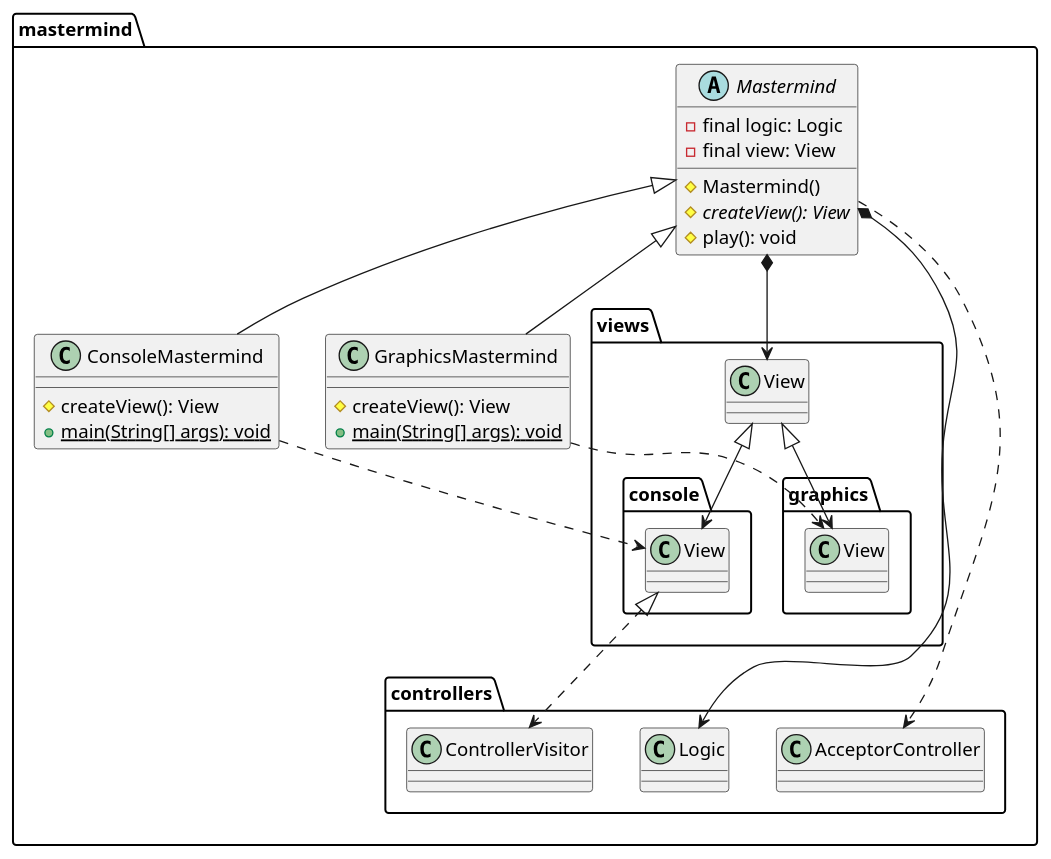
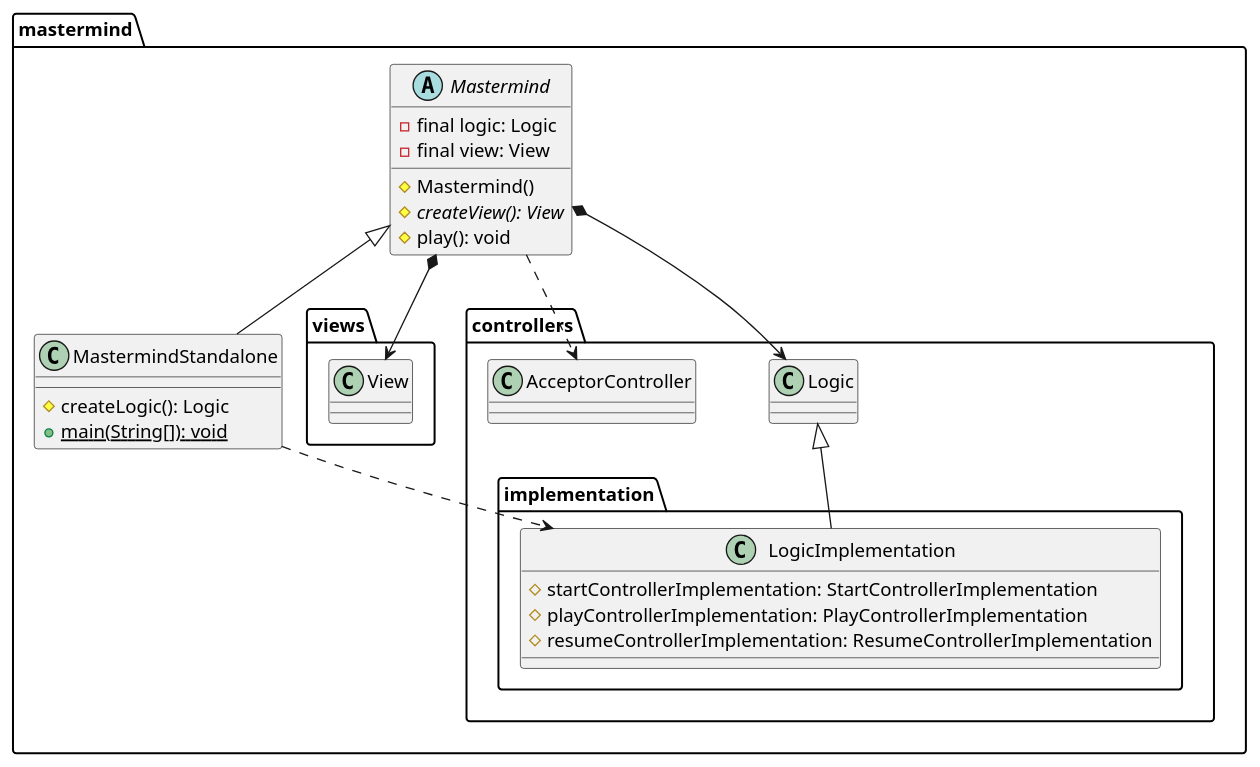
Before and after one commit to amartinm82/mastermind: the second of 12 diagrams in docs/src/docs/asciidoc/index.adoc, drawn with PlantUML. The commit also changed other lines of this file and 29 other files, not shown here.

```diff
--- a/docs/src/docs/asciidoc/index.adoc
+++ b/docs/src/docs/asciidoc/index.adoc
@@ -64,33 +71,28 @@
 [plantuml,version2Mastermind,svg]
 ....
 
 abstract class  mastermind.Mastermind{
 - final logic: Logic
 - final view: View
 # Mastermind()
 # {abstract} createView(): View
 # play(): void
 }
 
-class mastermind.ConsoleMastermind extends mastermind.Mastermind{
-# createView(): View
-+ {static} main(String[] args): void
-}
-
-class mastermind.GraphicsMastermind extends mastermind.Mastermind{
-# createView(): View
-+ {static} main(String[] args): void
-}
-
 mastermind.Mastermind *-down-> mastermind.views.View
 mastermind.Mastermind *-down-> mastermind.controllers.Logic
 mastermind.Mastermind .down.> mastermind.controllers.AcceptorController
 
-mastermind.GraphicsMastermind .down.> mastermind.views.graphics.View
+class mastermind.MastermindStandalone extends mastermind.Mastermind {
+    #createLogic(): Logic
+    {static} +main(String[]): void
+}
+mastermind.MastermindStandalone ..> mastermind.controllers.implementation.LogicImplementation
 
-mastermind.ConsoleMastermind .down.> mastermind.views.console.View
 
-mastermind.views.console.View <|.down.> mastermind.controllers.ControllerVisitor
-mastermind.views.View <|-down-> mastermind.views.console.View
-mastermind.views.View <|-down-> mastermind.views.graphics.View
+class mastermind.controllers.implementation.LogicImplementation extends mastermind.controllers.Logic{
+    #startControllerImplementation: StartControllerImplementation
+    #playControllerImplementation: PlayControllerImplementation
+    #resumeControllerImplementation: ResumeControllerImplementation
+}
 ....
```
